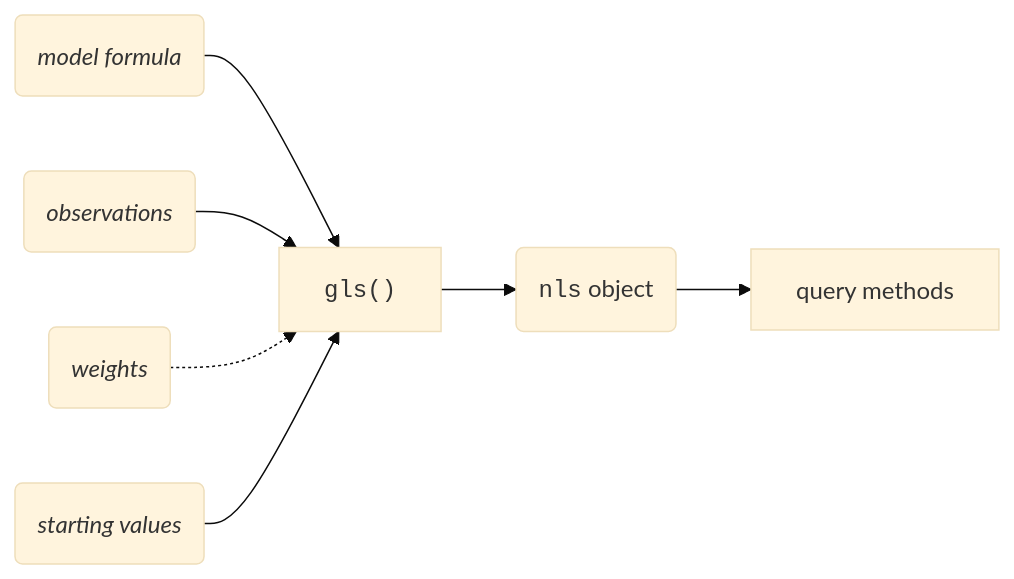
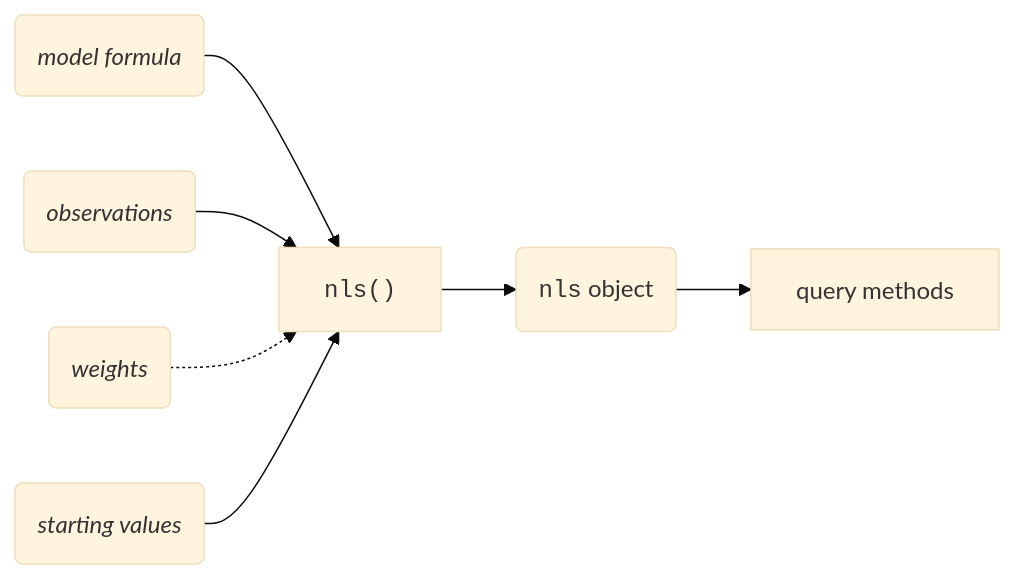
The fourth of 5 diagrams in pages/R-model-fitting-intro.qmd (aphalo/r4p-blog), drawn with Mermaid (base theme) before and after one commit. The commit also changed 50 other files, not shown here.

````diff
--- a/pages/R-model-fitting-intro.qmd
+++ b/pages/R-model-fitting-intro.qmd
@@ -133,11 +133,11 @@
 ```{mermaid}
 %%| label: fig-nls
 %%| fig-cap: A diagram of nonlinear least squares (NLS) model fitting by numerical approximation in R. Query methods similar to those in @fig-lm.
 %%{init: {"htmlLabels": true} }%%
 
 flowchart LR
-  A1(<i>model formula</i>) --> B["<code>gls()</code>"] --> C(<code>nls</code> object) --> C1[query methods]
+  A1(<i>model formula</i>) --> B["<code>nls()</code>"] --> C(<code>nls</code> object) --> C1[query methods]
   A2(<i>observations</i>) --> B
   A3(<i>weights</i>) -.-> B
   A5(<i>starting values</i>) --> B
 ```
````
